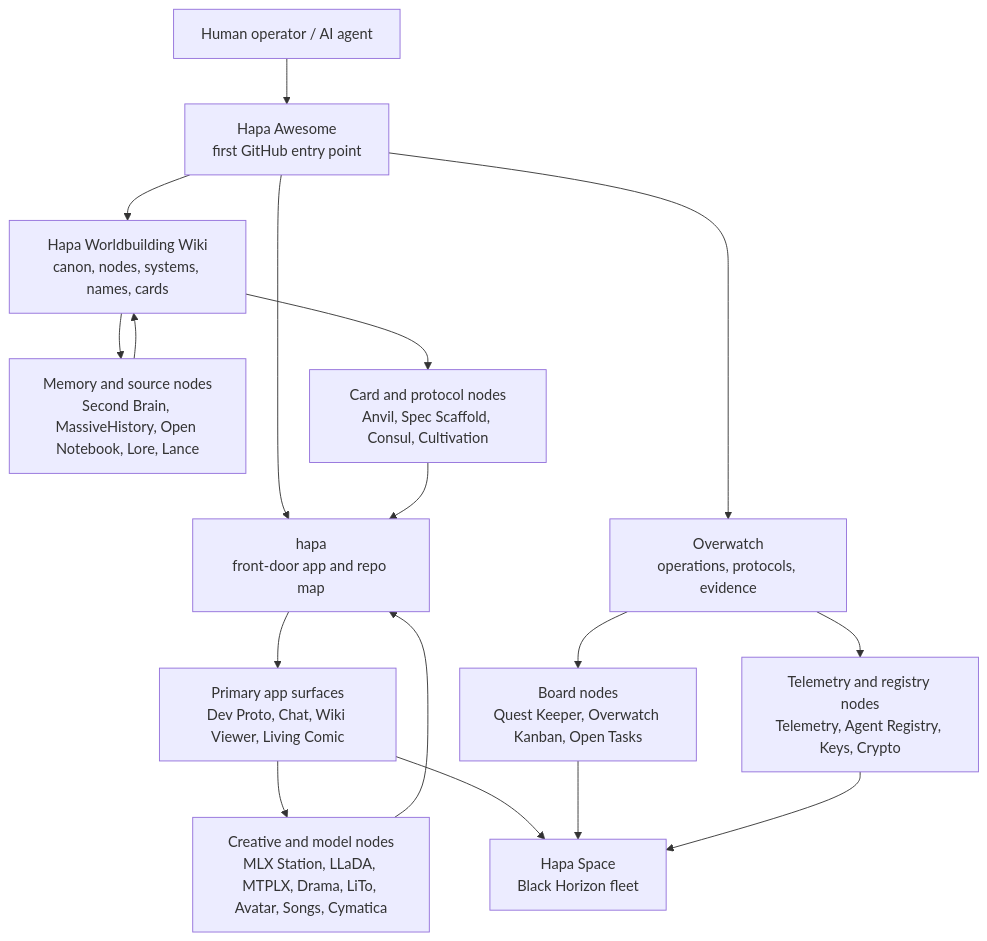
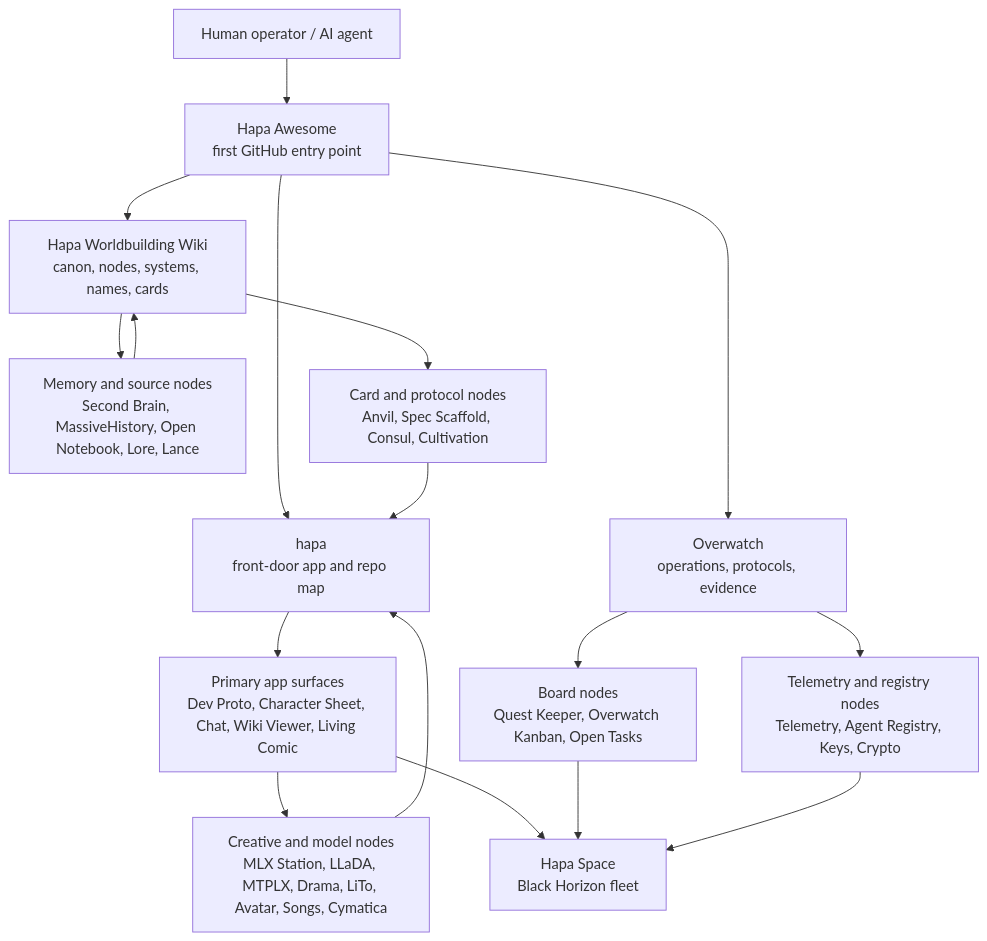
Before and after one commit to calderwong/hapa-awesome: the diagram in README.md, drawn with Mermaid. The commit also changed other lines of this file and 3 other files, not shown here.

Commit message:
Register Hapa Character Sheet

````diff
--- a/README.md
+++ b/README.md
@@ -60,22 +61,22 @@
 ```mermaid
 flowchart TB
   human["Human operator / AI agent"] --> entry["Hapa Awesome\nfirst GitHub entry point"]
   entry --> hapa["hapa\nfront-door app and repo map"]
   entry --> wiki["Hapa Worldbuilding Wiki\ncanon, nodes, systems, names, cards"]
   entry --> overwatch["Overwatch\noperations, protocols, evidence"]
 
   wiki --> memory["Memory and source nodes\nSecond Brain, MassiveHistory, Open Notebook, Lore, Lance"]
   wiki --> cards["Card and protocol nodes\nAnvil, Spec Scaffold, Consul, Cultivation"]
   overwatch --> boards["Board nodes\nQuest Keeper, Overwatch Kanban, Open Tasks"]
   overwatch --> telemetry["Telemetry and registry nodes\nTelemetry, Agent Registry, Keys, Crypto"]
 
-  hapa --> apps["Primary app surfaces\nDev Proto, Chat, Wiki Viewer, Living Comic"]
+  hapa --> apps["Primary app surfaces\nDev Proto, Character Sheet, Chat, Wiki Viewer, Living Comic"]
   apps --> media["Creative and model nodes\nMLX Station, LLaDA, MTPLX, Drama, LiTo, Avatar, Songs, Cymatica"]
   apps --> space["Hapa Space\nBlack Horizon fleet"]
 
   memory --> wiki
   cards --> hapa
   media --> hapa
   boards --> space
   telemetry --> space
 ```
````
